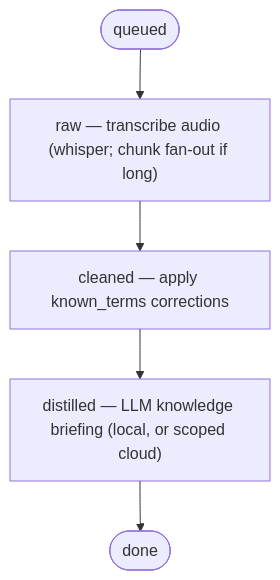
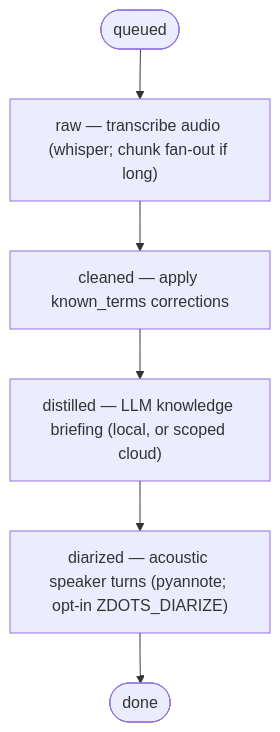
The diagram in docs/generated/ingest-pipeline.mmd (just3ws/zdots), drawn with Mermaid before and after one commit. The commit also changed 2 other files, not shown here.

Commit message:
feat(ingest): opt-in acoustic diarization stage in ingest_media
Add a whole-file 'diarized' PIPELINE stage (ordered last, after distilled): runs pyannote over the retained 16k wav and writes a self-contained diarization.json (engine/model/asr/audio_duration/num_speakers_hint/segments). Opt-in via ZDOTS_DIARIZE=1 and rescue-wrapped so an unverified pyannote/torch env cannot dead-letter an ingest. bin/diarize gains a --sidecar mode (whisper_json now optional) and a --num-speakers min/max bracket; legacy merge mode preserved. Regenerated the drift-tested pipeline diagram.

Gated off by default; pyannote path not yet exercised (verify the uv/torch env for Python 3.14.5, then enable). Sidecar lands in the retention root; site staging must be extended to consume it. just3ws TASK-244.

```diff
--- a/docs/generated/ingest-pipeline.mmd
+++ b/docs/generated/ingest-pipeline.mmd
@@ -1,8 +1,10 @@
 flowchart TD
   queued([queued]) --> raw
   raw["raw — transcribe audio (whisper; chunk fan-out if long)"]
   raw --> cleaned
   cleaned["cleaned — apply known_terms corrections"]
   cleaned --> distilled
   distilled["distilled — LLM knowledge briefing (local, or scoped cloud)"]
-  distilled --> done([done])
+  distilled --> diarized
+  diarized["diarized — acoustic speaker turns (pyannote; opt-in ZDOTS_DIARIZE)"]
+  diarized --> done([done])
```
